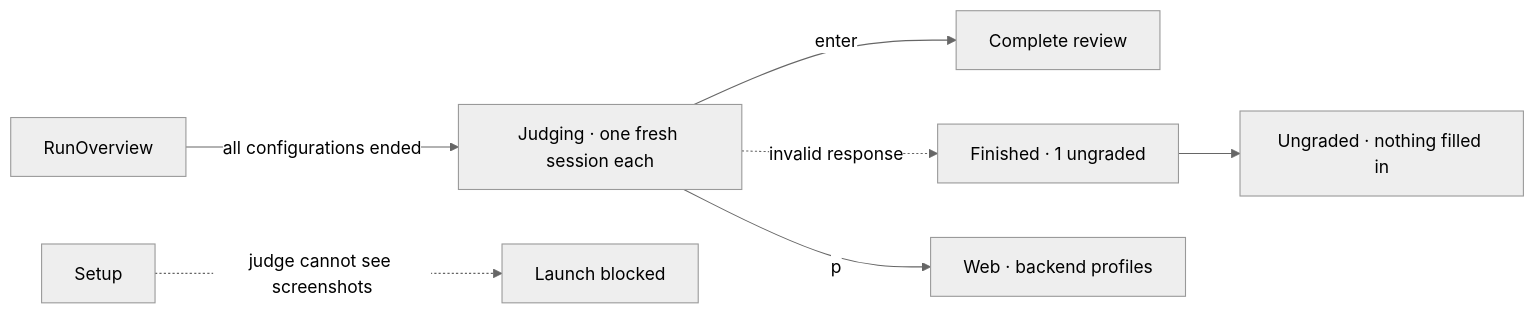
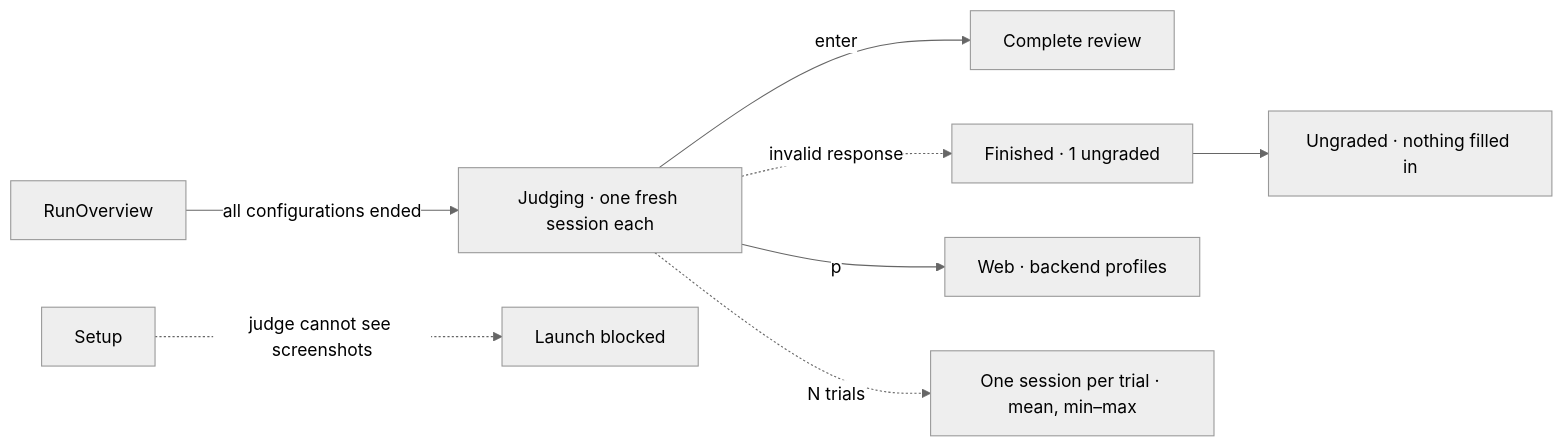
One commit to AxionomicAI/AxBenchmark changed diagram 17 of 23 in spec/design/wireframe-tui/navigation.md. Above: the diagram before and after it, drawn with Mermaid (neutral theme). The commit also changed other lines of this file and 228 other files, not shown here.

````diff
--- a/spec/design/wireframe-tui/navigation.md
+++ b/spec/design/wireframe-tui/navigation.md
@@ -315,9 +381,10 @@
 ```mermaid
 flowchart LR
     RunOverview -->|all configurations ended| Judging["Judging · one fresh session each"]
     Judging -->|enter| ReviewDetail["Complete review"]
     Judging -.->|invalid response| JudgingDone["Finished · 1 ungraded"]
     JudgingDone --> ReviewUngraded["Ungraded · nothing filled in"]
     Judging -->|p| RubricProfiles["Web · backend profiles"]
+    Judging -.->|N trials| JudgingTrials["One session per trial · mean, min–max"]
     Setup -.->|judge cannot see screenshots| JudgeCapability["Launch blocked"]
 ```
````
